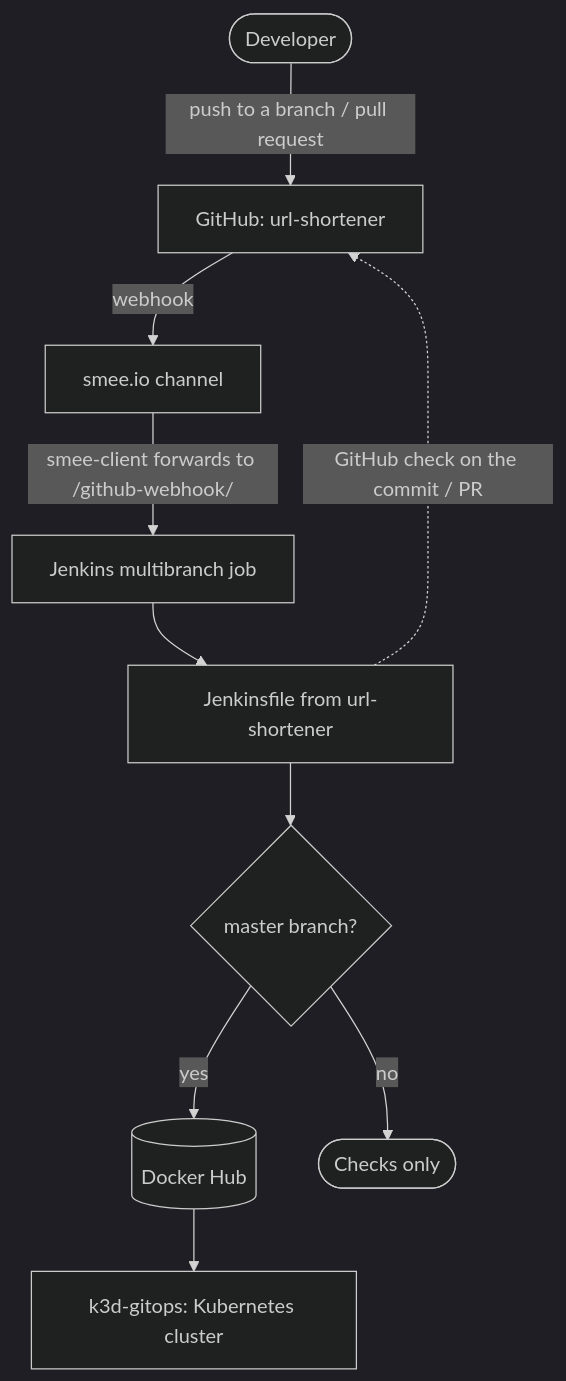
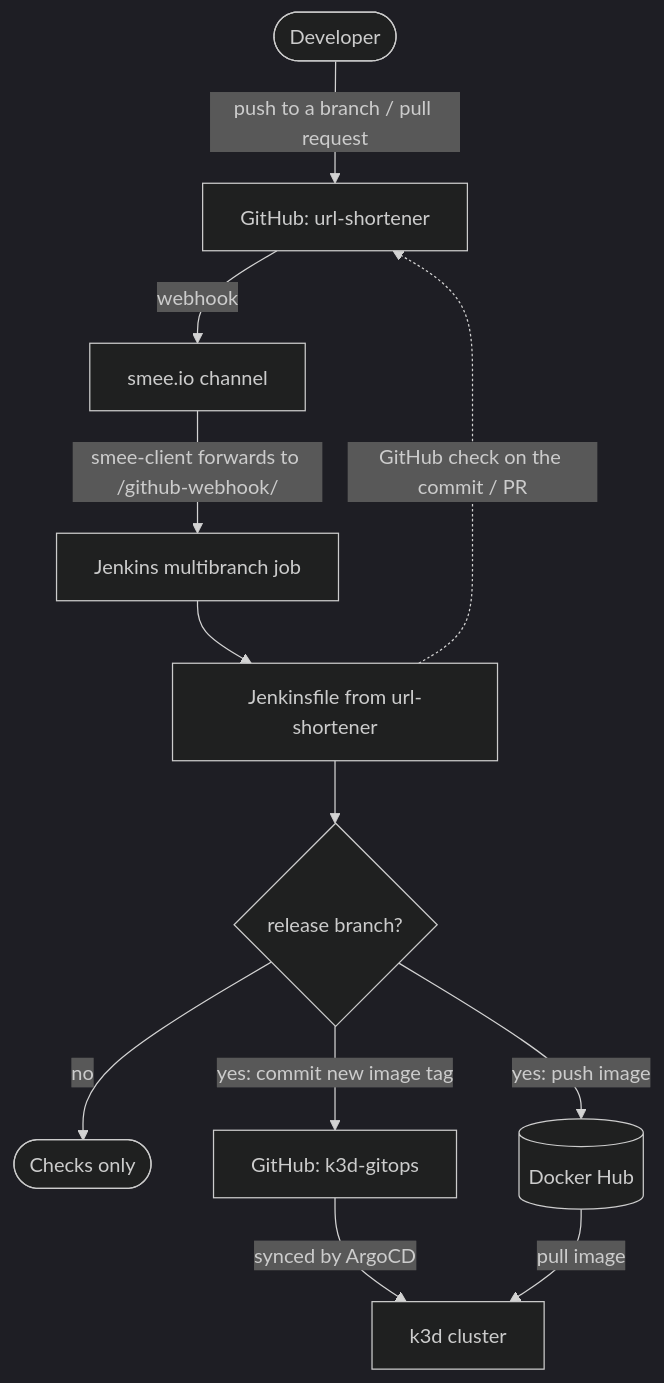
The diagram in readme.md (smallestcontainer/jenkins-gitops), drawn with Mermaid (dark theme) before and after one commit. The commit also changed other lines of this file, not shown here.

````diff
--- a/readme.md
+++ b/readme.md
@@ -20,12 +20,14 @@
 ```mermaid
 flowchart TD
     dev([Developer]) -->|push to a branch / pull request| repo[GitHub: url-shortener]
     repo -->|webhook| smee[smee.io channel]
     smee -->|smee-client forwards to /github-webhook/| jenkins[Jenkins multibranch job]
     jenkins --> pipeline[Jenkinsfile from url-shortener]
     pipeline -.->|GitHub check on the commit / PR| repo
-    pipeline --> branch{master branch?}
-    branch -->|yes| hub[(Docker Hub)]
+    pipeline --> branch{release branch?}
     branch -->|no| done([Checks only])
-    hub --> cd[k3d-gitops: Kubernetes cluster]
+    branch -->|yes: push image| hub[(Docker Hub)]
+    branch -->|yes: commit new image tag| cd[GitHub: k3d-gitops]
+    cd -->|synced by ArgoCD| k8s[k3d cluster]
+    hub -->|pull image| k8s
 ```
````
